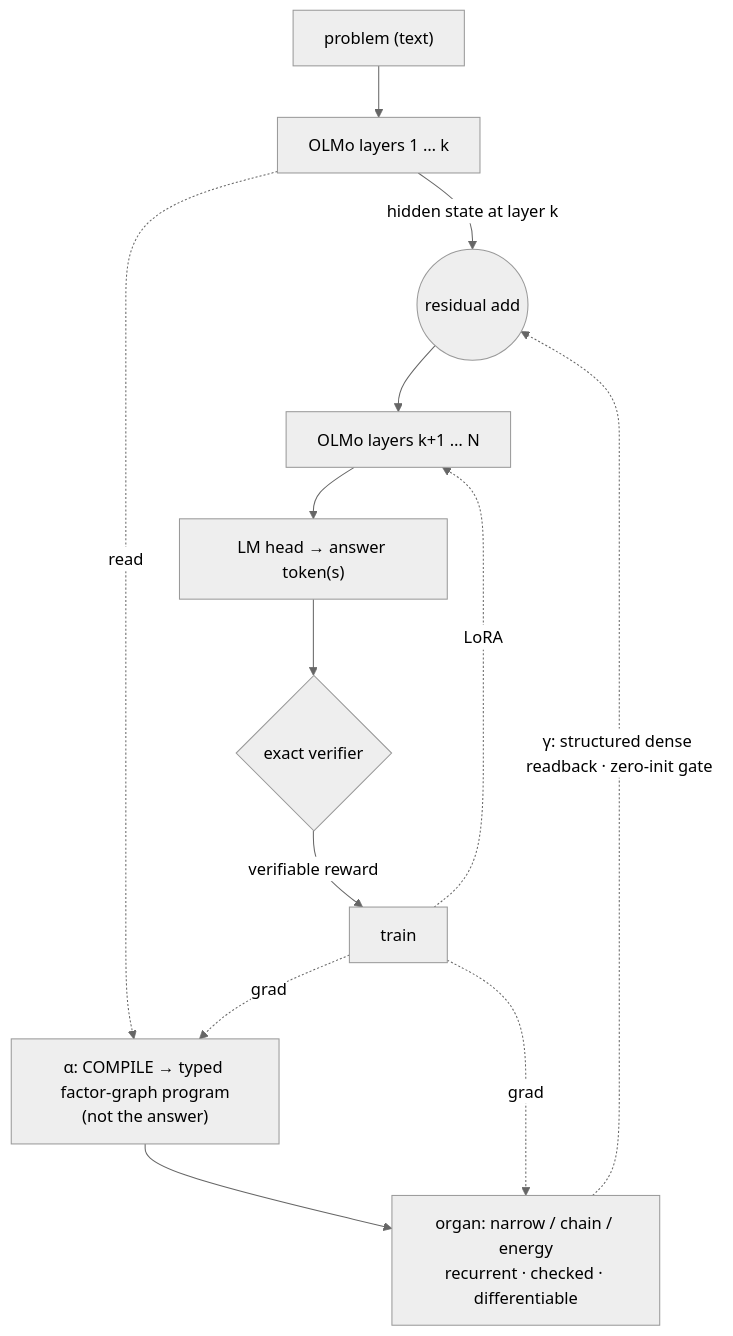
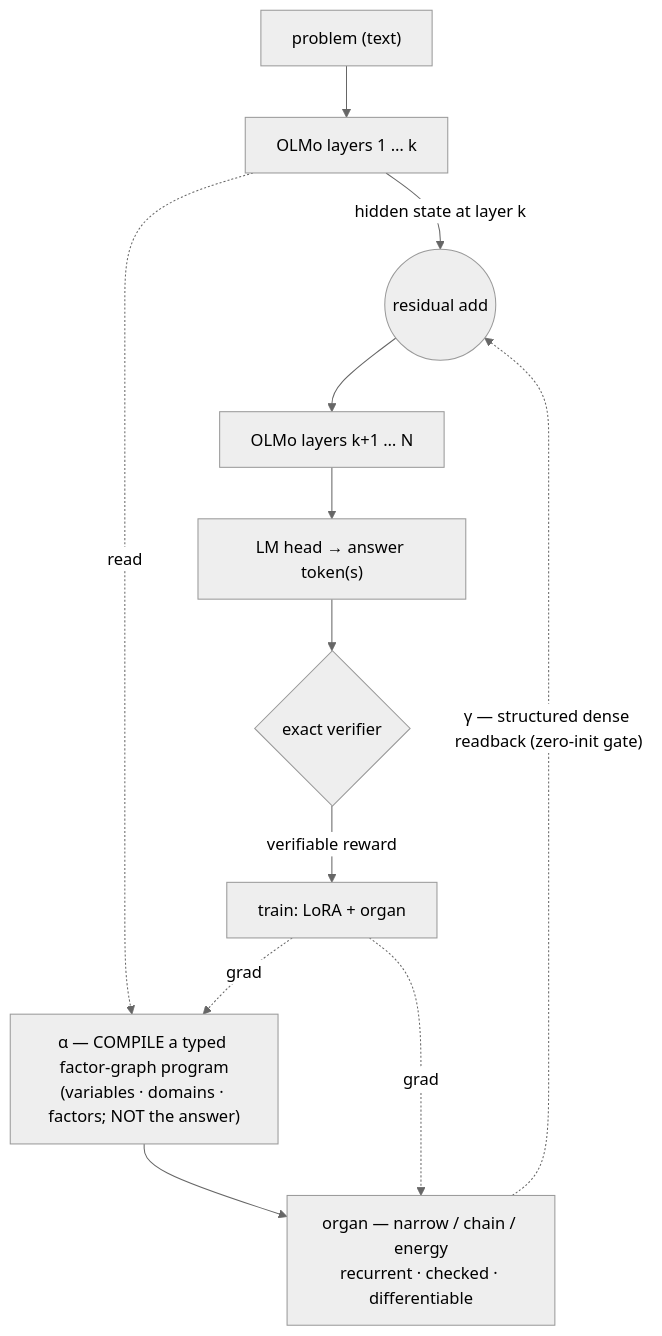
One commit to emberian/clairnets changed the first of 2 diagrams in README.md. Above: the diagram before and after it, drawn with Mermaid (neutral theme). The commit also changed other lines of this file, not shown here.

````diff
--- a/README.md
+++ b/README.md
@@ -20,15 +26,14 @@
 ```mermaid
 flowchart TB
   P["problem (text)"] --> E["OLMo layers 1 … k"]
   E -->|"hidden state at layer k"| G(("residual add"))
-  E -. read .-> A["α: COMPILE → typed factor-graph program<br/>(not the answer)"]
-  A --> O["organ: narrow / chain / energy<br/>recurrent · checked · differentiable"]
-  O -. "γ: structured dense readback · zero-init gate" .-> G
+  E -. read .-> A["α — COMPILE a typed factor-graph program<br/>(variables · domains · factors; NOT the answer)"]
+  A --> O["organ — narrow / chain / energy<br/>recurrent · checked · differentiable"]
+  O -. "γ — structured dense readback (zero-init gate)" .-> G
   G --> L["OLMo layers k+1 … N"]
   L --> H["LM head → answer token(s)"]
   H --> V{"exact verifier"}
-  V -->|"verifiable reward"| T["train"]
+  V -->|"verifiable reward"| T["train: LoRA + organ"]
   T -. grad .-> A
   T -. grad .-> O
-  T -. "LoRA" .-> L
 ```
````
